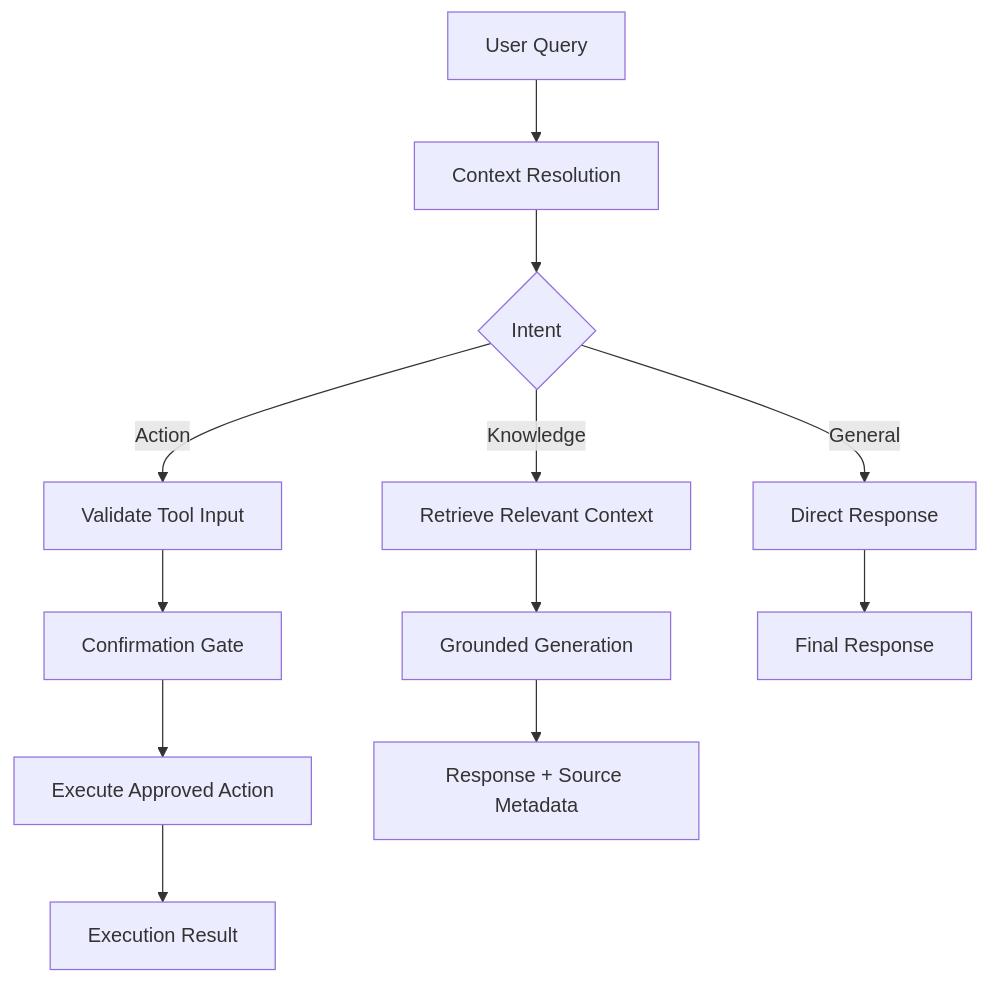
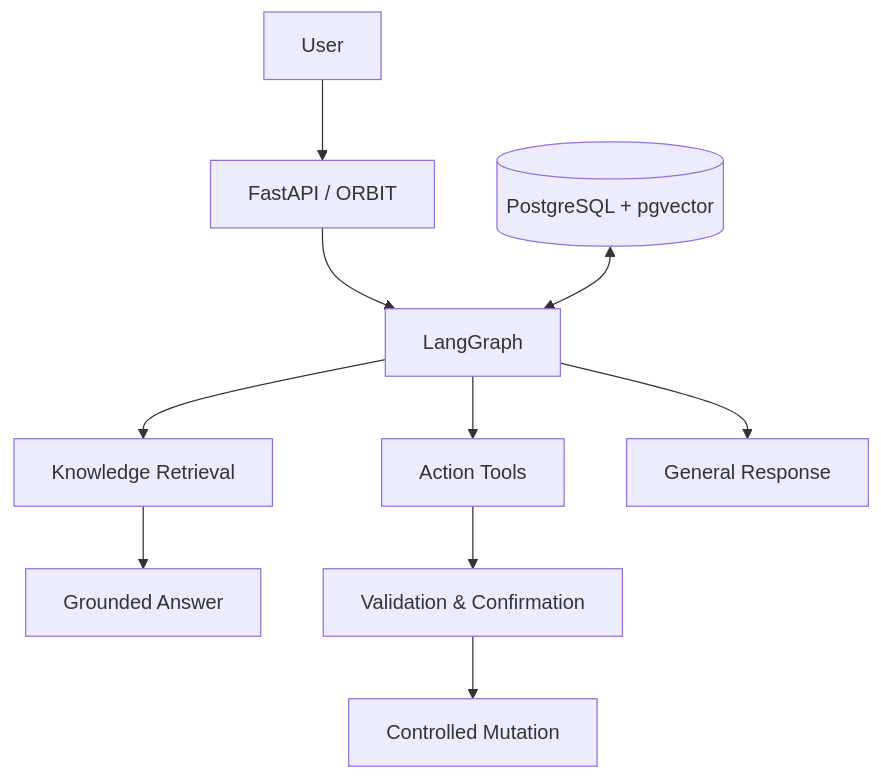
Before and after one commit to Aravindan-001/Aravindan-001: the first of 2 diagrams in README.md, drawn with Mermaid. The commit also changed other lines of this file, not shown here.

````diff
--- a/README.md
+++ b/README.md
@@ -457,14 +273,12 @@
 ```mermaid
 flowchart TD
-    A[User Query] --> B[Context Resolution]
-    B --> C{Intent}
-    C -->|Knowledge| D[Retrieve Relevant Context]
-    D --> E[Grounded Generation]
-    C -->|Action| F[Validate Tool Input]
-    F --> G[Confirmation Gate]
-    G --> H[Execute Approved Action]
-    C -->|General| I[Direct Response]
-    E --> J[Response + Source Metadata]
-    H --> K[Execution Result]
-    I --> L[Final Response]
+    A[User] --> B[FastAPI / ORBIT]
+    B --> C[LangGraph]
+    C --> D[Knowledge Retrieval]
+    C --> E[Action Tools]
+    C --> F[General Response]
+    D --> G[Grounded Answer]
+    E --> H[Validation & Confirmation]
+    H --> I[Controlled Mutation]
+    J[(PostgreSQL + pgvector)] <--> C
 ```
````
